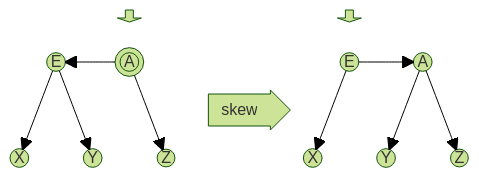
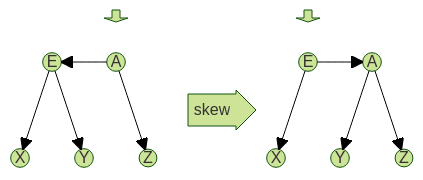
Before and after one commit to BenhurUFSM/l226b: the second of 3 diagrams in Assuntos/arvore-aa.md, drawn with Mermaid (forest theme). The commit also changed other lines of this file, not shown here.

````diff
--- a/Assuntos/arvore-aa.md
+++ b/Assuntos/arvore-aa.md
@@ -37,16 +37,16 @@
 ```mermaid
 block
   columns 13
   space:3 p1<[" "]>(down) space:5 p2<[" "]>(down) space:3
-  space e1(("E")) space r1((("A"))) space space:3 space r2(("E")) space d2(("A")) space
+  space e1(("E")) space r1(("A")) space space:3 space r2(("E")) space d2(("A")) space
   space:5 f<["skew"]>(right):3 space:5
   ee1(("X")) space ed1(("Y")) space d1(("Z")) space:3 e2(("X")) space de2(("Y")) space dd2(("Z"))
   r1-->e1
   r1-->d1
   e1-->ee1
   e1-->ed1
   r2-->e2
   r2-->d2
   d2-->de2
   d2-->dd2
 ```
````
